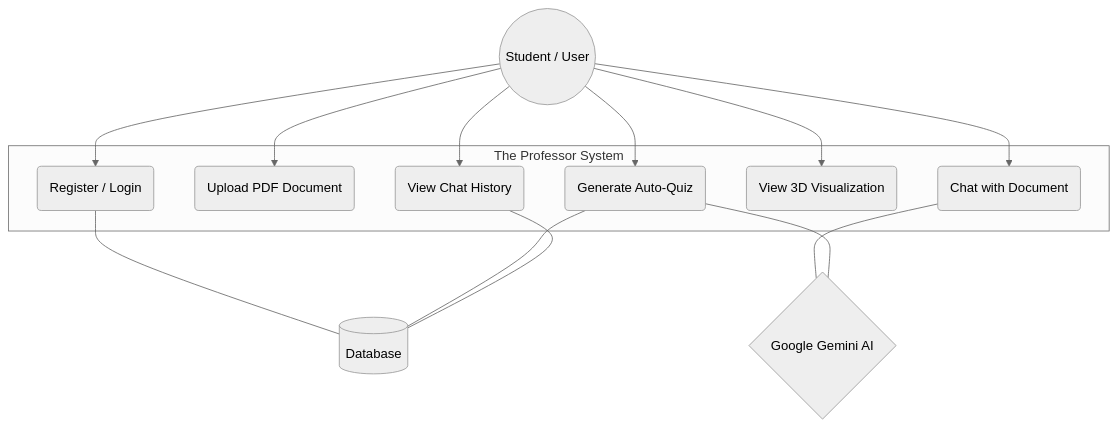
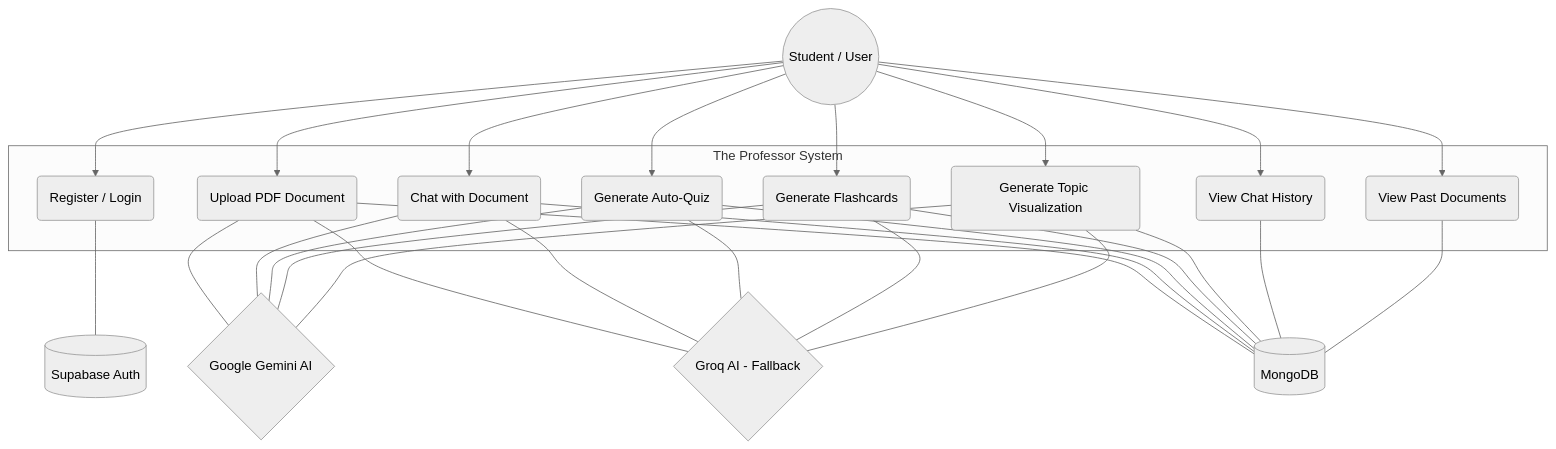
Before and after one commit to Vegapunk-debug/the-professor: the diagram in useCaseDiagram.md, drawn with Mermaid (neutral theme). The commit also changed 4 other files, not shown here.

````diff
--- a/useCaseDiagram.md
+++ b/useCaseDiagram.md
@@ -1,32 +1,51 @@
-```mermaid 
+```mermaid
 graph TD
     %% Define Actors with unique shapes
     User((Student / User))
     Gemini{Google Gemini AI}
-    DB[(Database)]
+    Groq{Groq AI - Fallback}
+    DB[(MongoDB)]
+    Supabase[(Supabase Auth)]
 
     %% Define the System Boundary
     subgraph The_Professor_System [The Professor System]
         UC1(Register / Login)
         UC2(Upload PDF Document)
         UC3(Chat with Document)
         UC4(Generate Auto-Quiz)
-        UC5(View 3D Visualization)
-        UC6(View Chat History)
+        UC5(Generate Flashcards)
+        UC6(Generate Topic Visualization)
+        UC7(View Chat History)
+        UC8(View Past Documents)
     end
 
     %% User Interactions
     User --> UC1
     User --> UC2
     User --> UC3
     User --> UC4
     User --> UC5
     User --> UC6
+    User --> UC7
+    User --> UC8
 
     %% System Dependencies
-    UC1 --- DB
+    UC1 --- Supabase
+    UC2 --- Gemini
+    UC2 --- Groq
+    UC2 --- DB
     UC3 --- Gemini
+    UC3 --- Groq
+    UC3 --- DB
     UC4 --- Gemini
+    UC4 --- Groq
     UC4 --- DB
+    UC5 --- Gemini
+    UC5 --- Groq
+    UC5 --- DB
+    UC6 --- Gemini
+    UC6 --- Groq
     UC6 --- DB
+    UC7 --- DB
+    UC8 --- DB
 ```
````
